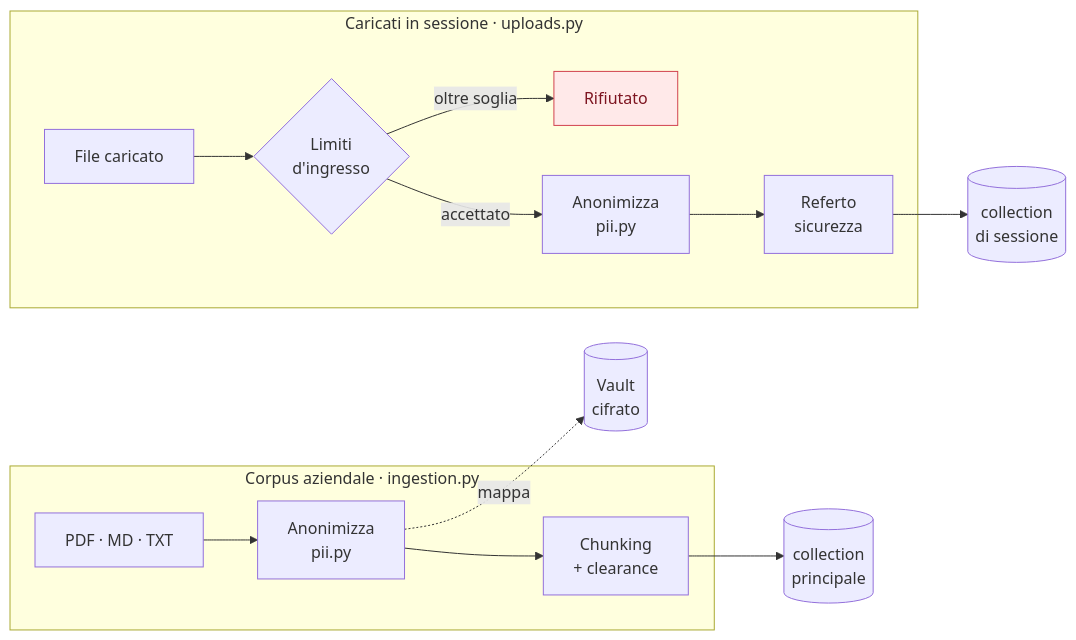
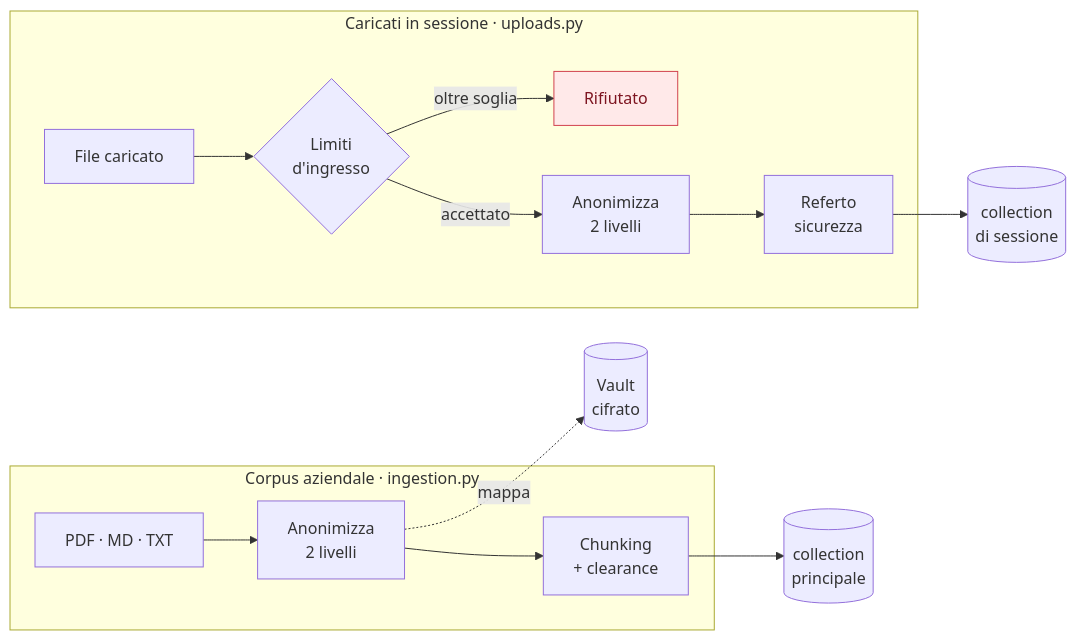
One commit to filipposemilia/secure-insurance-rag-ai changed the first of 2 diagrams in docs/ARCHITECTURE.md. Above: the diagram before and after it, drawn with Mermaid. The commit also changed other lines of this file and 22 other files, not shown here.

````diff
--- a/docs/ARCHITECTURE.md
+++ b/docs/ARCHITECTURE.md
@@ -15,21 +18,21 @@
 ```mermaid
 flowchart LR
     subgraph CORPUS["Corpus aziendale · ingestion.py"]
-        A["PDF · MD · TXT"] --> B["Anonimizza<br/>pii.py"]
+        A["PDF · MD · TXT"] --> B["Anonimizza<br/>2 livelli"]
         B --> C["Chunking<br/>+ clearance"]
     end
 
     subgraph UP["Caricati in sessione · uploads.py"]
         D["File caricato"] --> E{"Limiti<br/>d'ingresso"}
         E -->|oltre soglia| F["Rifiutato"]
-        E -->|accettato| G["Anonimizza<br/>pii.py"]
+        E -->|accettato| G["Anonimizza<br/>2 livelli"]
         G --> H["Referto<br/>sicurezza"]
     end
 
     C --> I[("collection<br/>principale")]
     H --> J[("collection<br/>di sessione")]
     B -.->|mappa| K[("Vault<br/>cifrato")]
 
     classDef stop fill:#ffe9e9,stroke:#d1424f,color:#7d1420
     class F stop
 ```
````
